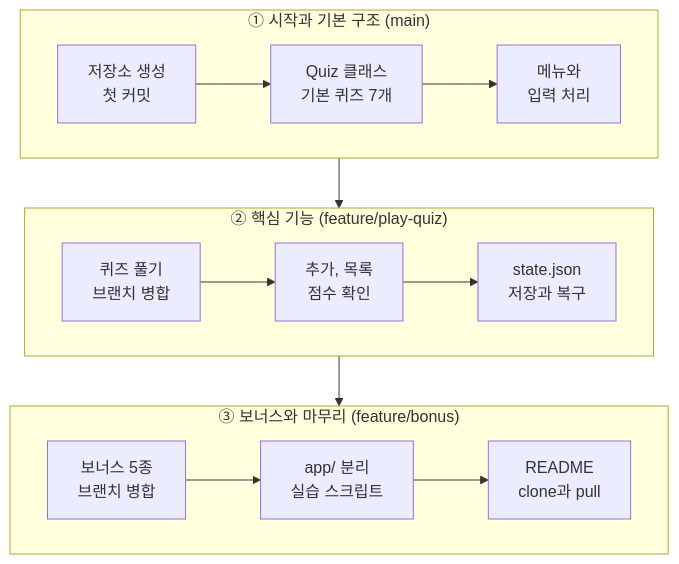
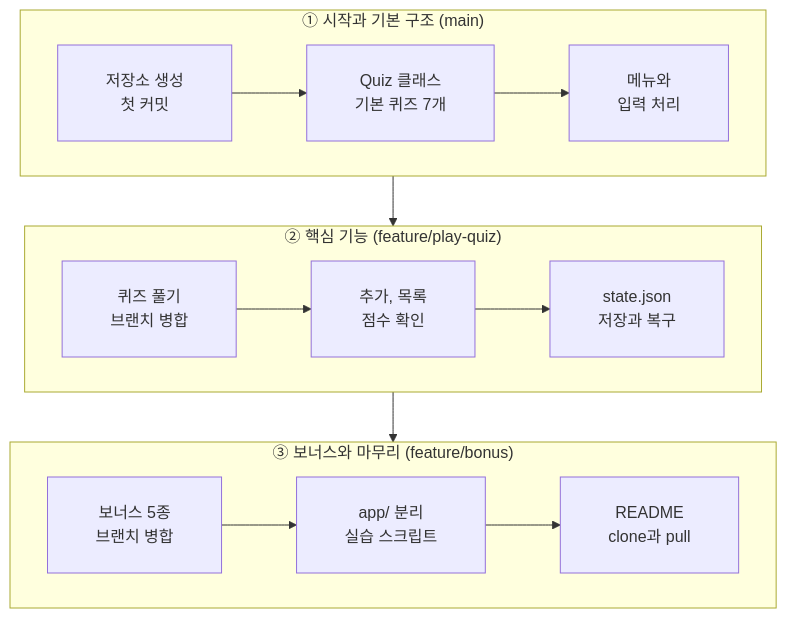
One commit to ilililililil4319/E1-2 changed the first of 2 diagrams in README.md. Above: the diagram before and after it, drawn with Mermaid. The commit also changed other lines of this file, not shown here.

First line of the commit message:
Docs: 구조도 상자 글자가 잘리지 않도록 줄 나누기와 여백 추가

````diff
--- a/README.md
+++ b/README.md
@@ -227,17 +227,17 @@
 ```mermaid
-%%{init: {'flowchart': {'htmlLabels': false}}}%%
+%%{init: {'flowchart': {'htmlLabels': false, 'padding': 24}}}%%
 flowchart TB
     subgraph R1["① 시작과 기본 구조 (main)"]
         direction LR
         A["저장소 생성<br/>첫 커밋"] --> B["Quiz 클래스<br/>기본 퀴즈 7개"] --> C["메뉴와<br/>입력 처리"]
     end
     subgraph R2["② 핵심 기능 (feature/play-quiz)"]
         direction LR
         D["퀴즈 풀기<br/>브랜치 병합"] --> E["추가, 목록<br/>점수 확인"] --> F["state.json<br/>저장과 복구"]
     end
     subgraph R3["③ 보너스와 마무리 (feature/bonus)"]
         direction LR
         G["보너스 5종<br/>브랜치 병합"] --> H["app/ 분리<br/>실습 스크립트"] --> I["README<br/>clone과 pull"]
     end
     R1 --> R2 --> R3
 ```
````
